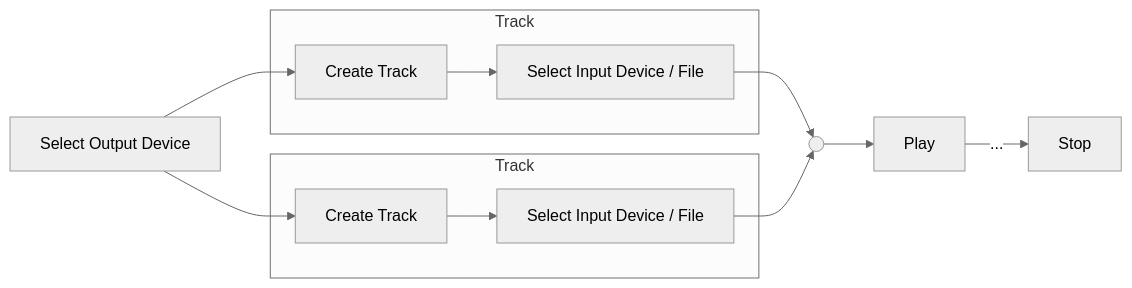
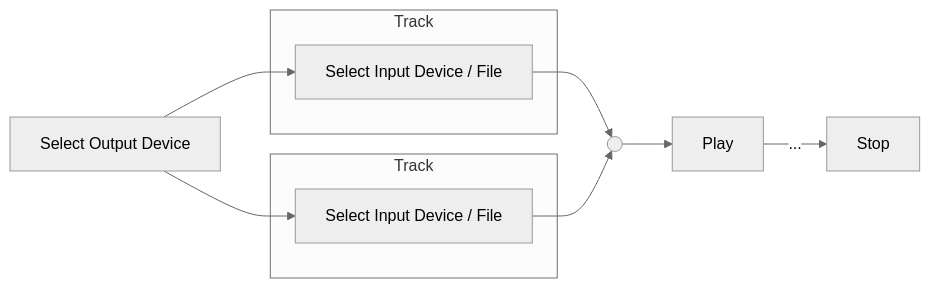
The eighth of 21 diagrams in docs/DESIGN_DOC.md (aidan-clyens/miniaudioengine), drawn with Mermaid (neutral theme) before and after one commit. The commit also changed other lines of this file, not shown here.

````diff
--- a/docs/DESIGN_DOC.md
+++ b/docs/DESIGN_DOC.md
@@ -242,32 +248,28 @@
 ```mermaid
 flowchart LR
 
-    subgraph Track["Track"]
-        Step1["Create Track"]
+    subgraph Node["Track"]
         Step2["Select Input Device / File"]
     end
 
     subgraph Track2["Track"]
-        Step12["Create Track"]
         Step22["Select Input Device / File"]
     end
 
     SelectOutput["Select Output Device"]
-    SelectOutput --> Step1
-    SelectOutput --> Step12
 
     J((" "))
 
     Step4["Play"]
     Step5["Stop"]
 
-    Step1 --> Step2
+    SelectOutput --> Step2
+    SelectOutput --> Step22 
+
     Step4 -->|...| Step5
-
-    Step12 --> Step22 
 
     Step2 --> J
     Step22 --> J
 
     J --> Step4
 ```
````
